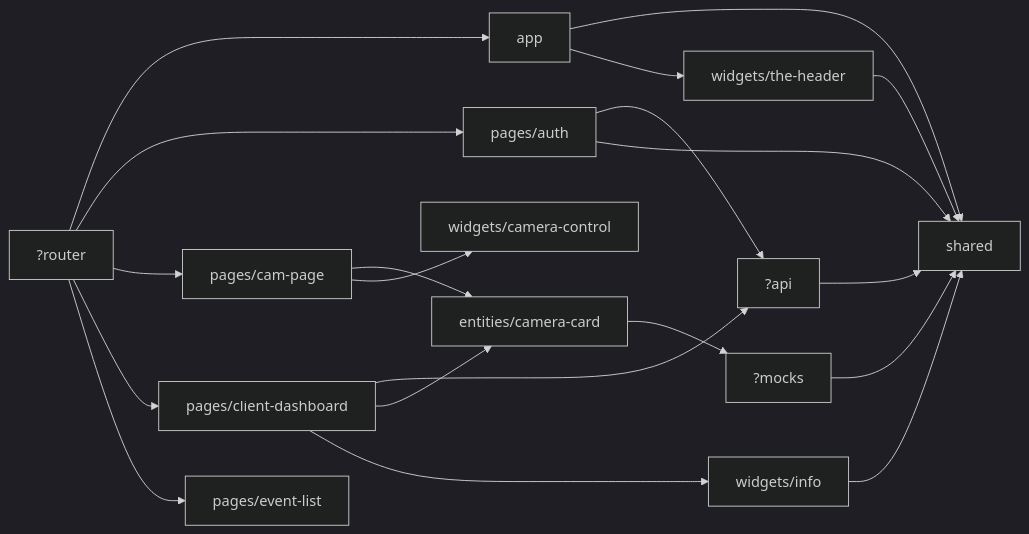
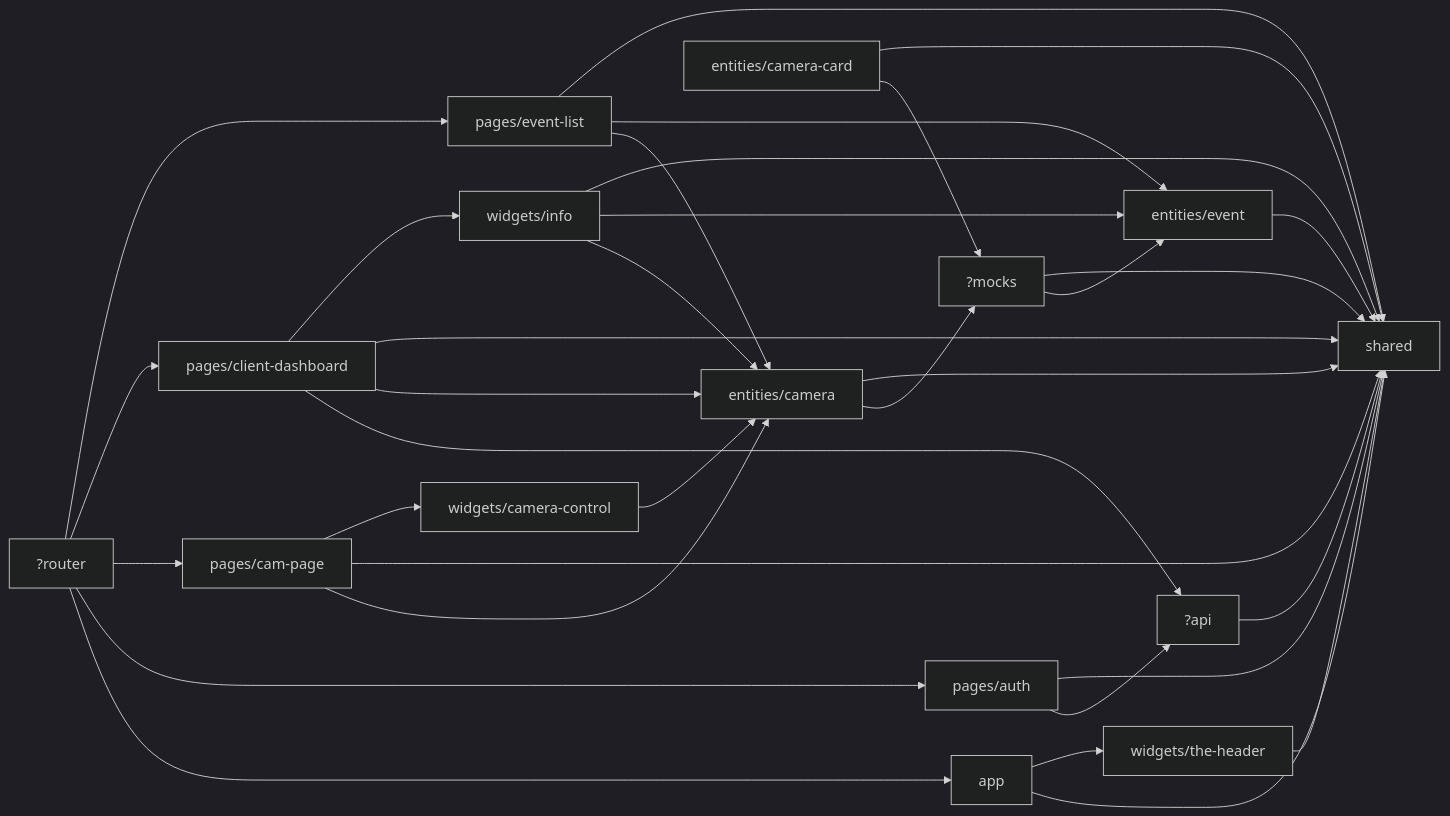
The second of 2 diagrams in docs/ai/reports/generated/slices.md (Rdnxla/home-cctv-web-viewer), drawn with Mermaid (dark theme) before and after one commit. The commit also changed other lines of this file and 10 other files, not shown here.

````diff
--- a/docs/ai/reports/generated/slices.md
+++ b/docs/ai/reports/generated/slices.md
@@ -77,22 +82,35 @@
 ```mermaid
 graph LR
   _api["?api"] --> shared["shared"]
+  _mocks["?mocks"] --> entities_event["entities/event"]
   _mocks["?mocks"] --> shared["shared"]
   _router["?router"] --> app["app"]
   _router["?router"] --> pages_auth["pages/auth"]
   _router["?router"] --> pages_cam_page["pages/cam-page"]
   _router["?router"] --> pages_client_dashboard["pages/client-dashboard"]
   _router["?router"] --> pages_event_list["pages/event-list"]
   app["app"] --> shared["shared"]
   app["app"] --> widgets_the_header["widgets/the-header"]
+  entities_camera["entities/camera"] --> _mocks["?mocks"]
+  entities_camera["entities/camera"] --> shared["shared"]
   entities_camera_card["entities/camera-card"] --> _mocks["?mocks"]
+  entities_camera_card["entities/camera-card"] --> shared["shared"]
+  entities_event["entities/event"] --> shared["shared"]
   pages_auth["pages/auth"] --> _api["?api"]
   pages_auth["pages/auth"] --> shared["shared"]
-  pages_cam_page["pages/cam-page"] --> entities_camera_card["entities/camera-card"]
+  pages_cam_page["pages/cam-page"] --> entities_camera["entities/camera"]
+  pages_cam_page["pages/cam-page"] --> shared["shared"]
   pages_cam_page["pages/cam-page"] --> widgets_camera_control["widgets/camera-control"]
   pages_client_dashboard["pages/client-dashboard"] --> _api["?api"]
-  pages_client_dashboard["pages/client-dashboard"] --> entities_camera_card["entities/camera-card"]
+  pages_client_dashboard["pages/client-dashboard"] --> entities_camera["entities/camera"]
+  pages_client_dashboard["pages/client-dashboard"] --> shared["shared"]
   pages_client_dashboard["pages/client-dashboard"] --> widgets_info["widgets/info"]
+  pages_event_list["pages/event-list"] --> entities_camera["entities/camera"]
+  pages_event_list["pages/event-list"] --> entities_event["entities/event"]
+  pages_event_list["pages/event-list"] --> shared["shared"]
+  widgets_camera_control["widgets/camera-control"] --> entities_camera["entities/camera"]
+  widgets_info["widgets/info"] --> entities_camera["entities/camera"]
+  widgets_info["widgets/info"] --> entities_event["entities/event"]
   widgets_info["widgets/info"] --> shared["shared"]
   widgets_the_header["widgets/the-header"] --> shared["shared"]
 ```
````
